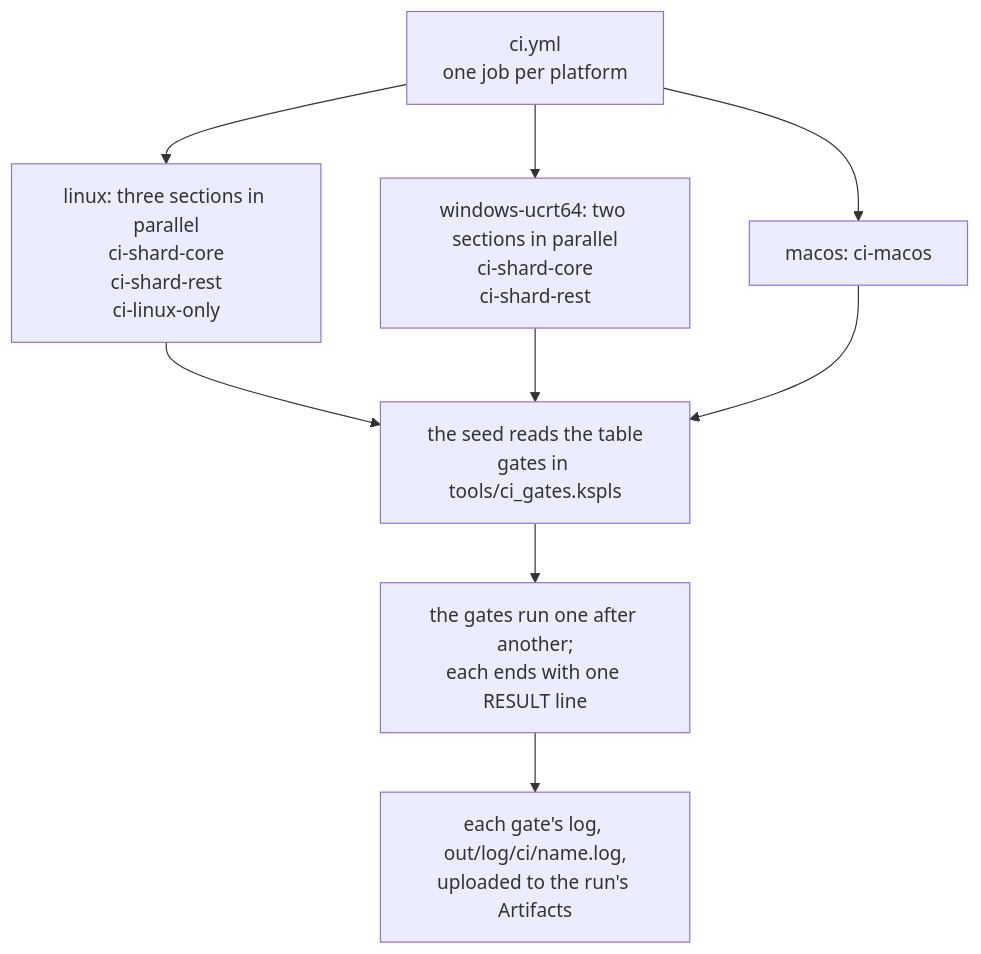
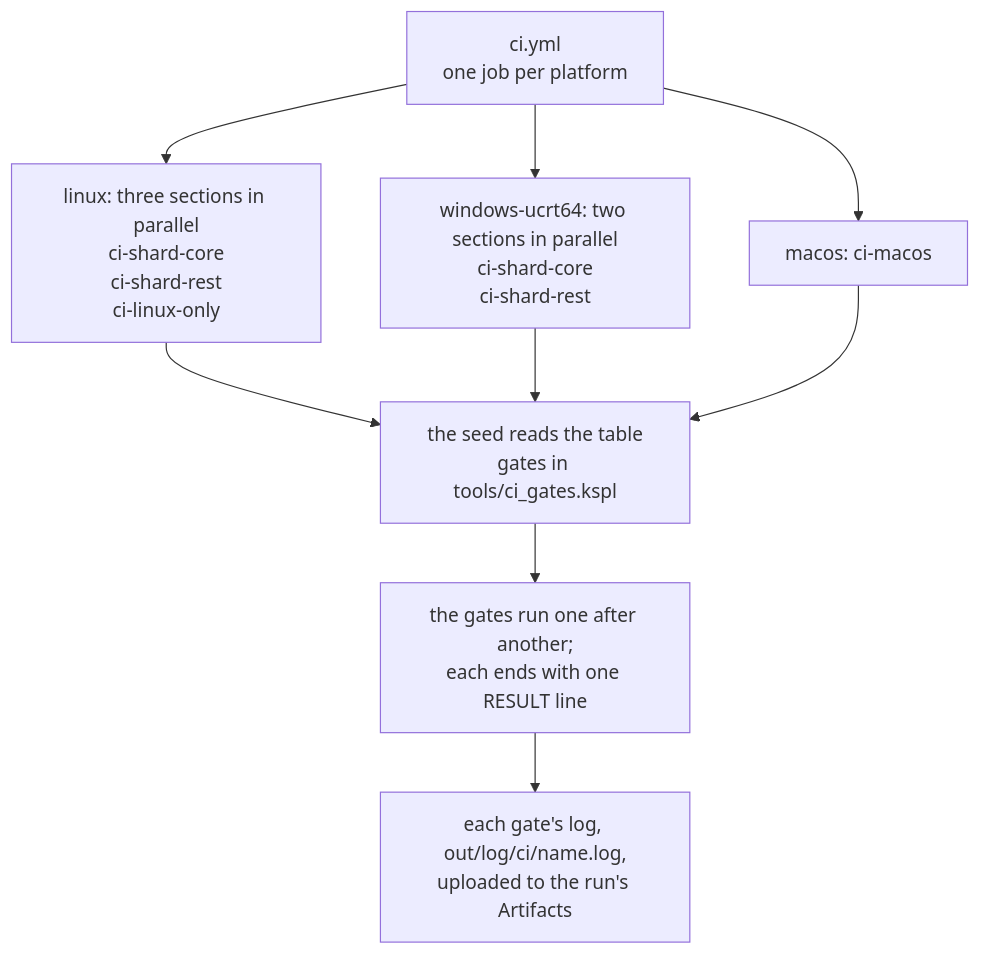
The diagram in docs/SPEC-gates.md (kansosystem-org/kspl-experimental), drawn with Mermaid before and after one commit. The commit also changed other lines of this file and 1422 other files, not shown here.

````diff
--- a/docs/SPEC-gates.md
+++ b/docs/SPEC-gates.md
@@ -85,11 +85,11 @@
 ```mermaid
 flowchart TD
     W["ci.yml<br/>one job per platform"] --> LX["linux: three sections in parallel<br/>ci-shard-core<br/>ci-shard-rest<br/>ci-linux-only"]
     W --> WN["windows-ucrt64: two sections in parallel<br/>ci-shard-core<br/>ci-shard-rest"]
     W --> MC["macos: ci-macos"]
-    LX --> T["the seed reads the table<br/>gates in tools/ci_gates.kspls"]
+    LX --> T["the seed reads the table<br/>gates in tools/ci_gates.kspl"]
     WN --> T
     MC --> T
     T --> G["the gates run one after another;<br/>each ends with one RESULT line"]
     G --> O["each gate's log, out/log/ci/name.log,<br/>uploaded to the run's Artifacts"]
 ```
````
